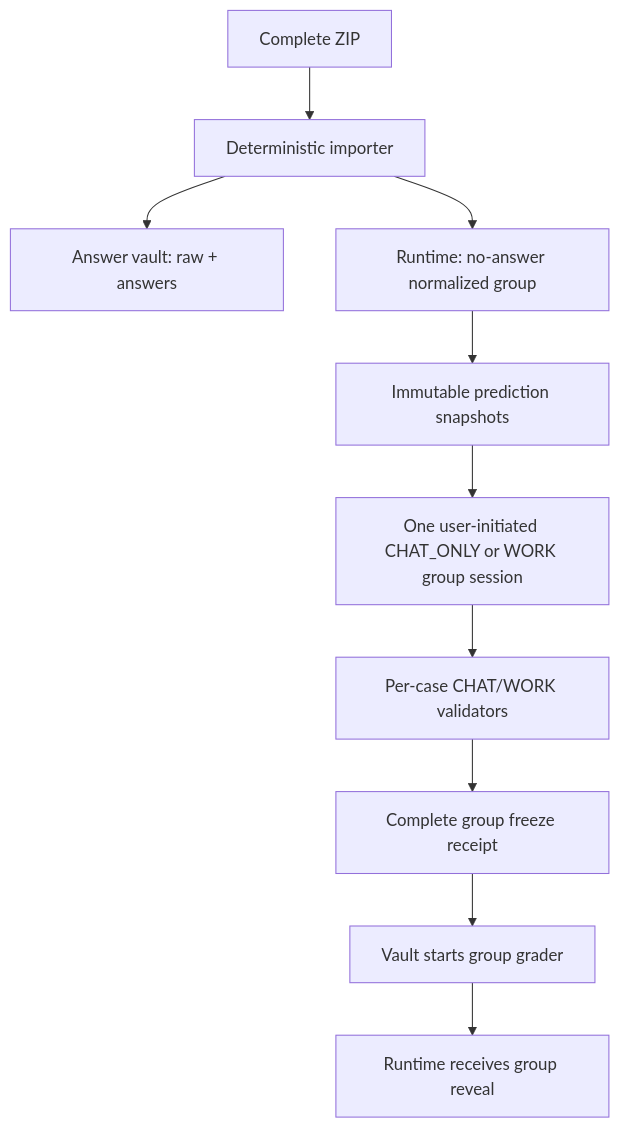
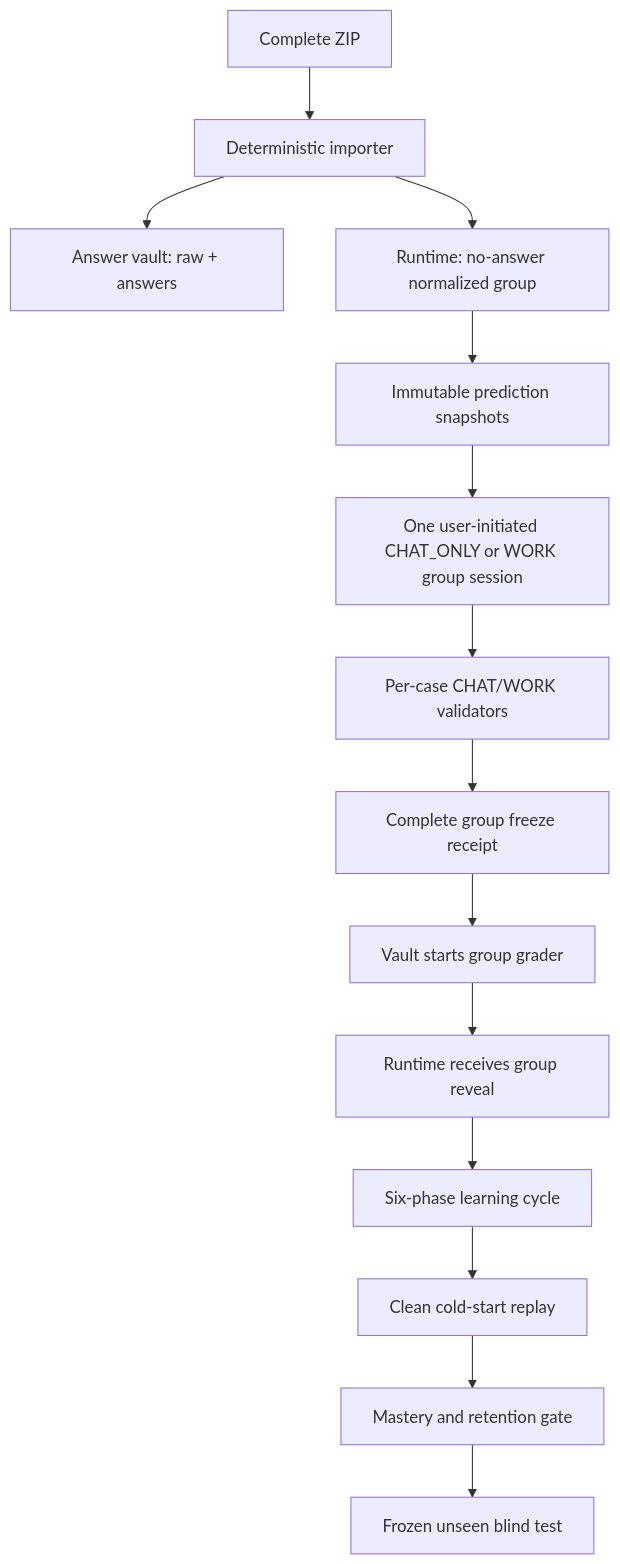
Before and after one commit to chinaneedM/ziwei-bazi-model: the diagram in README.md, drawn with Mermaid. The commit also changed other lines of this file, not shown here.

Commit message:
Make mastery learning a first-class runtime objective

````diff
--- a/README.md
+++ b/README.md
@@ -37,12 +56,16 @@
 ```mermaid
 flowchart TD
     ZIP["Complete ZIP"] --> IMP["Deterministic importer"]
     IMP --> V["Answer vault: raw + answers"]
     IMP --> N["Runtime: no-answer normalized group"]
     N --> S["Immutable prediction snapshots"]
     S --> C["One user-initiated CHAT_ONLY or WORK group session"]
     C --> H["Per-case CHAT/WORK validators"]
     H --> F["Complete group freeze receipt"]
     F --> G["Vault starts group grader"]
     G --> R["Runtime receives group reveal"]
+    R --> L["Six-phase learning cycle"]
+    L --> CR["Clean cold-start replay"]
+    CR --> M["Mastery and retention gate"]
+    M --> U["Frozen unseen blind test"]
 ```
````
